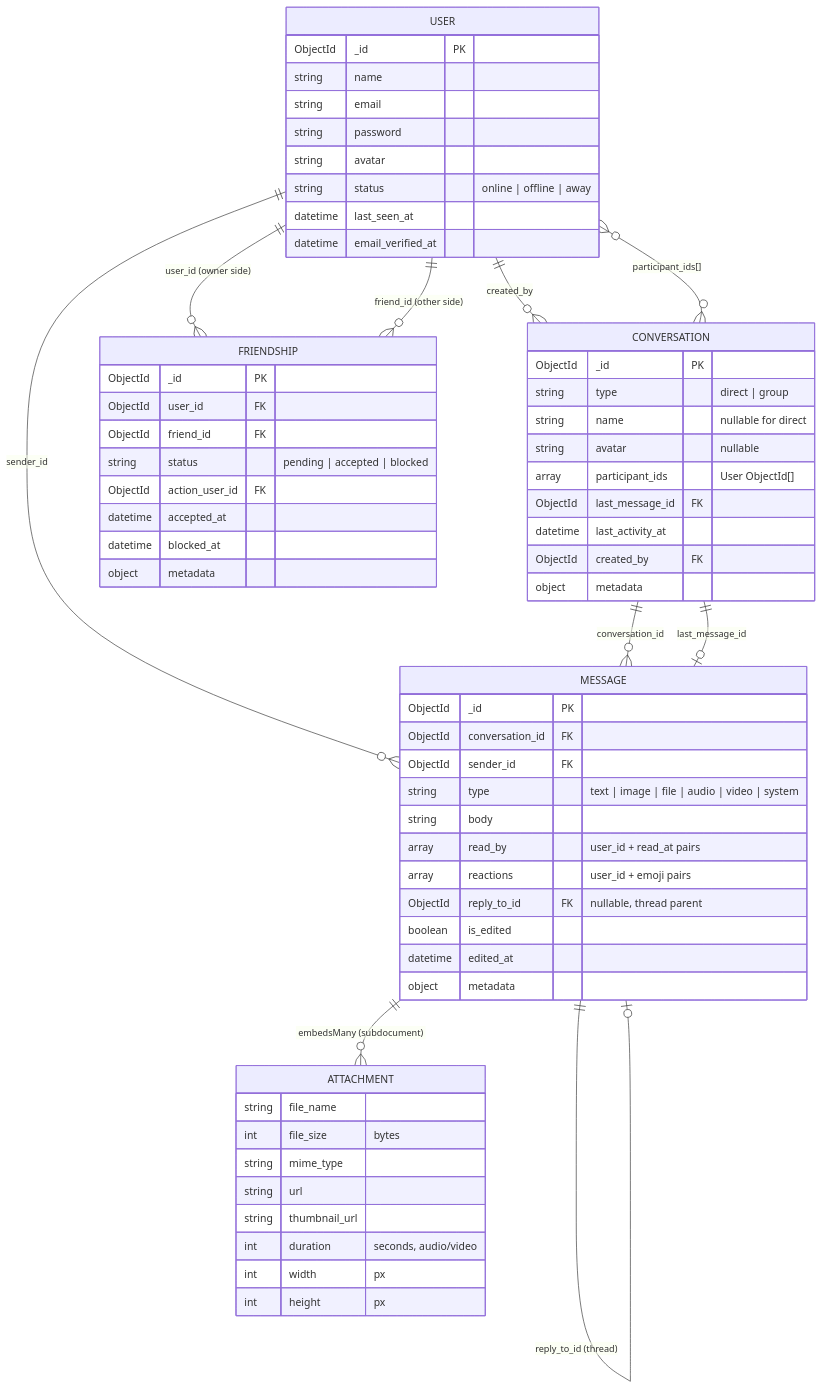
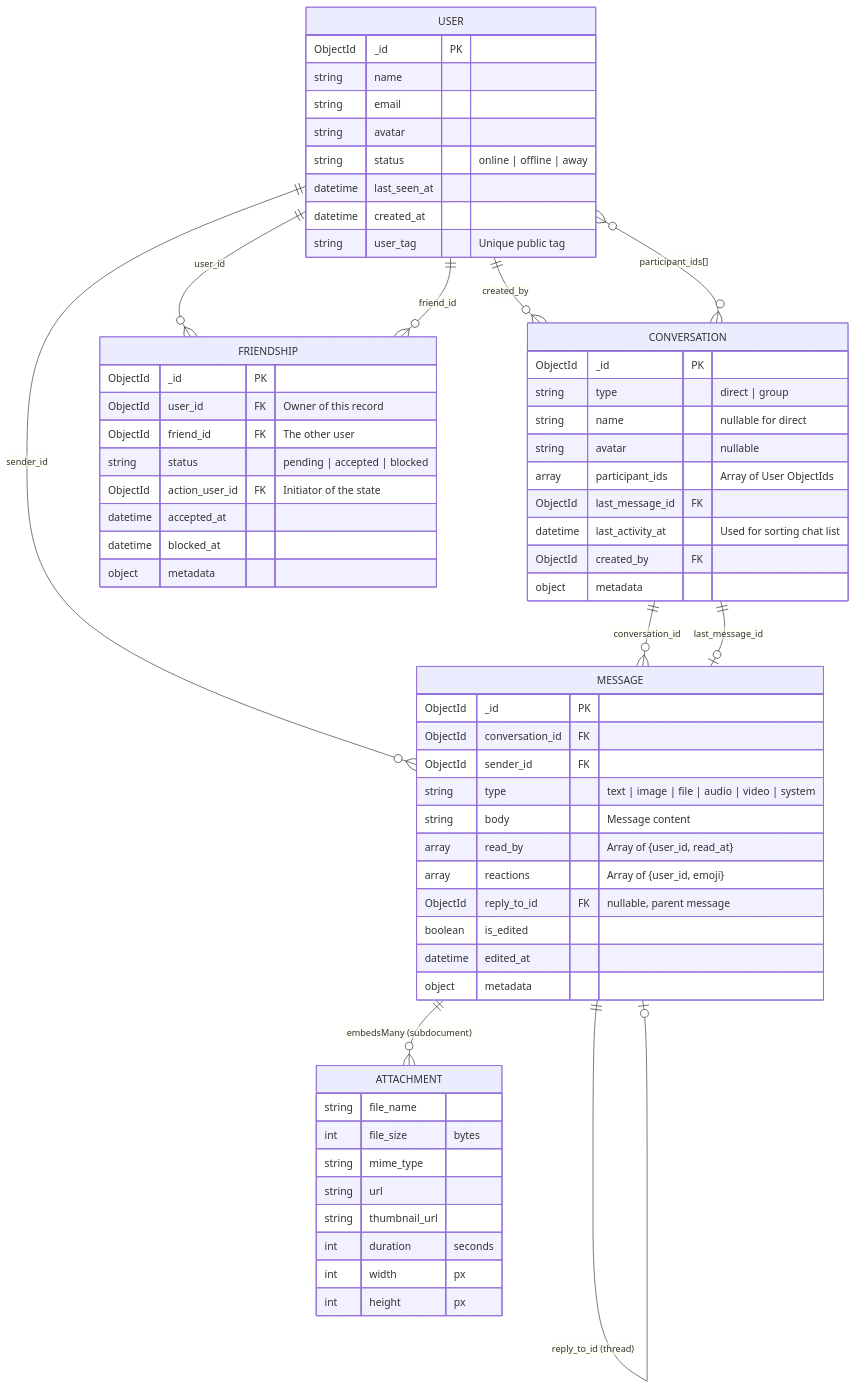
The diagram in relationship_diagram.md (HaiqalHarona/Telefon-MultiPlatform), drawn with Mermaid before and after one commit. The commit also changed other lines of this file and 53 other files, not shown here.

````diff
--- a/relationship_diagram.md
+++ b/relationship_diagram.md
@@ -5,71 +5,71 @@
 ```mermaid
 erDiagram
     USER {
         ObjectId _id PK
         string name
         string email
-        string password
         string avatar
         string status "online | offline | away"
         datetime last_seen_at
-        datetime email_verified_at
+        datetime created_at
+        string user_tag "Unique public tag"
     }
 
     CONVERSATION {
         ObjectId _id PK
         string type "direct | group"
         string name "nullable for direct"
         string avatar "nullable"
-        array participant_ids "User ObjectId[]"
+        array participant_ids "Array of User ObjectIds"
         ObjectId last_message_id FK
-        datetime last_activity_at
+        datetime last_activity_at "Used for sorting chat list"
         ObjectId created_by FK
         object metadata
     }
 
     MESSAGE {
         ObjectId _id PK
         ObjectId conversation_id FK
         ObjectId sender_id FK
         string type "text | image | file | audio | video | system"
-        string body
-        array read_by "user_id + read_at pairs"
-        array reactions "user_id + emoji pairs"
-        ObjectId reply_to_id FK "nullable, thread parent"
+        string body "Message content"
+        array read_by "Array of {user_id, read_at}"
+        array reactions "Array of {user_id, emoji}"
+        ObjectId reply_to_id FK "nullable, parent message"
         boolean is_edited
         datetime edited_at
         object metadata
     }
 
     ATTACHMENT {
         string file_name
         int file_size "bytes"
         string mime_type
         string url
         string thumbnail_url
-        int duration "seconds, audio/video"
+        int duration "seconds"
         int width "px"
         int height "px"
     }
 
     FRIENDSHIP {
         ObjectId _id PK
-        ObjectId user_id FK
-        ObjectId friend_id FK
+        ObjectId user_id FK "Owner of this record"
+        ObjectId friend_id FK "The other user"
         string status "pending | accepted | blocked"
-        ObjectId action_user_id FK
+        ObjectId action_user_id FK "Initiator of the state"
         datetime accepted_at
         datetime blocked_at
         object metadata
     }
 
     USER ||--o{ CONVERSATION : "created_by"
     USER }o--o{ CONVERSATION : "participant_ids[]"
     USER ||--o{ MESSAGE : "sender_id"
     CONVERSATION ||--o{ MESSAGE : "conversation_id"
     CONVERSATION ||--o| MESSAGE : "last_message_id"
     MESSAGE ||--o| MESSAGE : "reply_to_id (thread)"
     MESSAGE ||--o{ ATTACHMENT : "embedsMany (subdocument)"
-    USER ||--o{ FRIENDSHIP : "user_id (owner side)"
-    USER ||--o{ FRIENDSHIP : "friend_id (other side)"
+    USER ||--o{ FRIENDSHIP : "user_id"
+    USER ||--o{ FRIENDSHIP : "friend_id"
 ```
````
